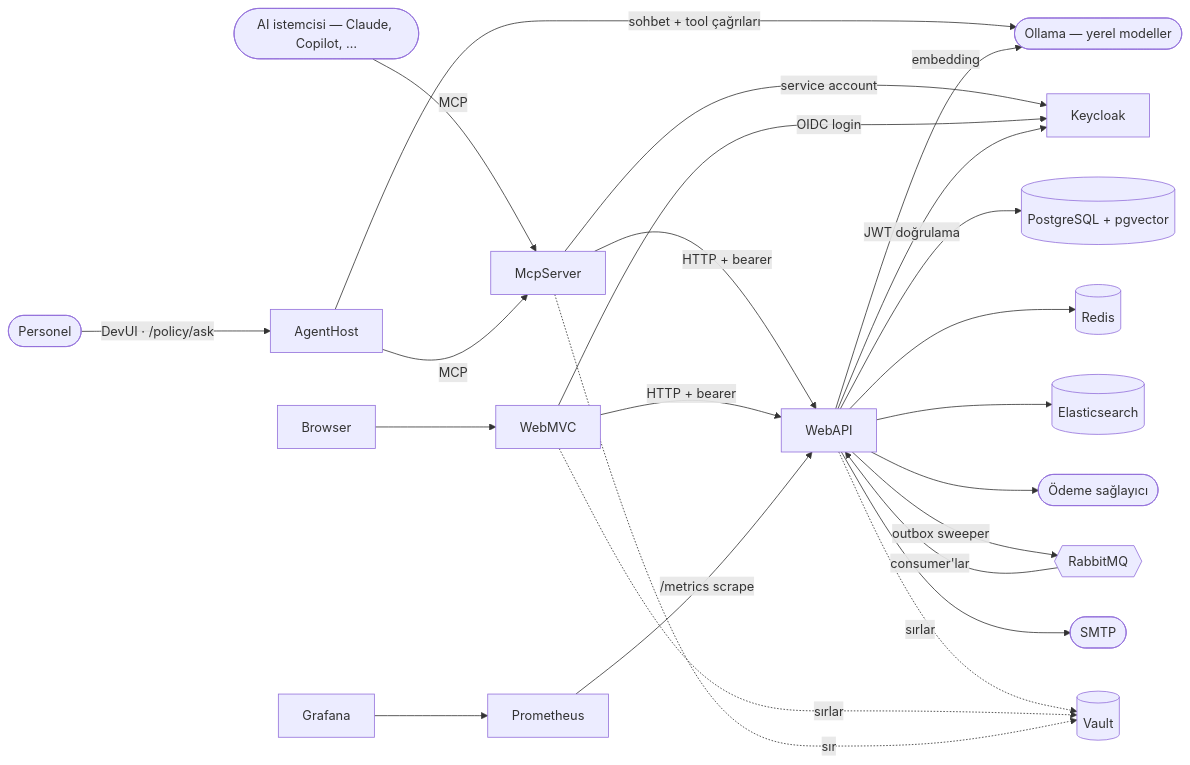
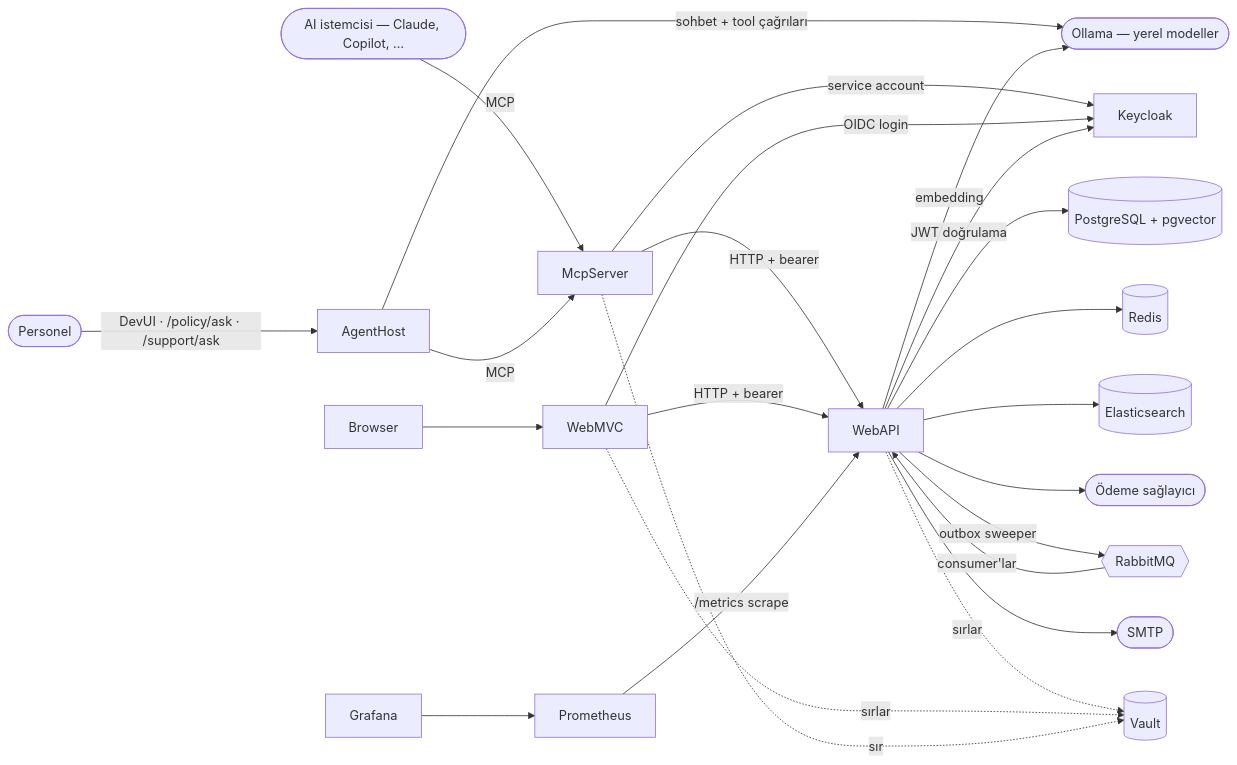
One commit to furkanpasaoglu/StadiaPass changed the first of 2 diagrams in README.tr.md. Above: the diagram before and after it, drawn with Mermaid. The commit also changed other lines of this file and 1 other file, not shown here.

Commit message:
docs: cover the support desk, query splitting and reranking in both readmes

````diff
--- a/README.tr.md
+++ b/README.tr.md
@@ -120,26 +122,26 @@
 ```mermaid
 flowchart LR
   Browser --> WebMVC
   AI([AI istemcisi — Claude, Copilot, …]) -->|MCP| McpServer
-  Personel([Personel]) -->|DevUI · /policy/ask| AgentHost
+  Personel([Personel]) -->|DevUI · /policy/ask · /support/ask| AgentHost
   AgentHost -->|MCP| McpServer
   AgentHost -->|sohbet + tool çağrıları| Ollama([Ollama — yerel modeller])
   WebAPI -->|embedding| Ollama
   McpServer -->|HTTP + bearer| WebAPI
   McpServer -->|service account| Keycloak
   WebMVC -->|HTTP + bearer| WebAPI
   WebMVC -->|OIDC login| Keycloak
   WebAPI -->|JWT doğrulama| Keycloak
   WebAPI --> Postgres[(PostgreSQL + pgvector)]
   WebAPI --> Redis[(Redis)]
   WebAPI --> Elastic[(Elasticsearch)]
   WebAPI --> Stripe([Ödeme sağlayıcı])
   WebAPI -->|outbox sweeper| Rabbit{{RabbitMQ}}
   Rabbit -->|consumer'lar| WebAPI
   WebAPI --> SMTP([SMTP])
   WebAPI -.sırlar.-> Vault[(Vault)]
   WebMVC -.sırlar.-> Vault
   McpServer -.sır.-> Vault
   Prometheus -->|/metrics scrape| WebAPI
   Grafana --> Prometheus
 ```
````
